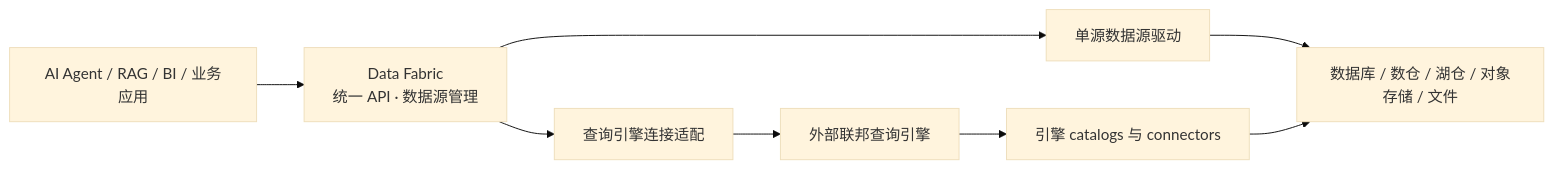
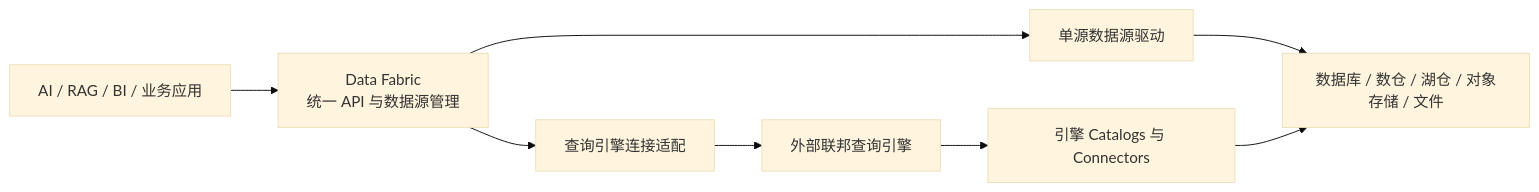
The diagram in README_zh.md (LuckyCaptain-go/data-fabric), drawn with Mermaid (base theme) before and after one commit. The commit also changed other lines of this file and 2 other files, not shown here.

```diff
--- a/README_zh.md
+++ b/README_zh.md
@@ -52,10 +46,10 @@
 ~~~mermaid
 flowchart LR
-    App[AI Agent / RAG / BI / 业务应用] --> Gateway[Data Fabric<br/>统一 API · 数据源管理]
+    App[AI / RAG / BI / 业务应用] --> Gateway[Data Fabric<br/>统一 API 与数据源管理]
     Gateway --> Drivers[单源数据源驱动]
     Drivers --> Sources[数据库 / 数仓 / 湖仓 / 对象存储 / 文件]
     Gateway --> Adapter[查询引擎连接适配]
     Adapter --> Engine[外部联邦查询引擎]
-    Engine --> Catalogs[引擎 catalogs 与 connectors]
+    Engine --> Catalogs[引擎 Catalogs 与 Connectors]
     Catalogs --> Sources
 ~~~
```
